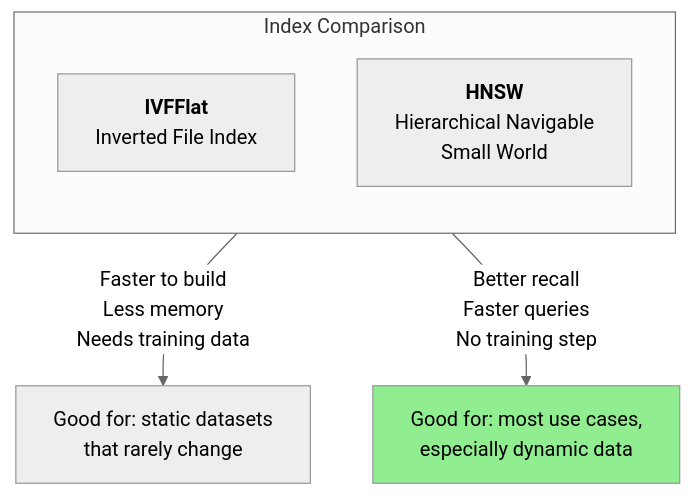
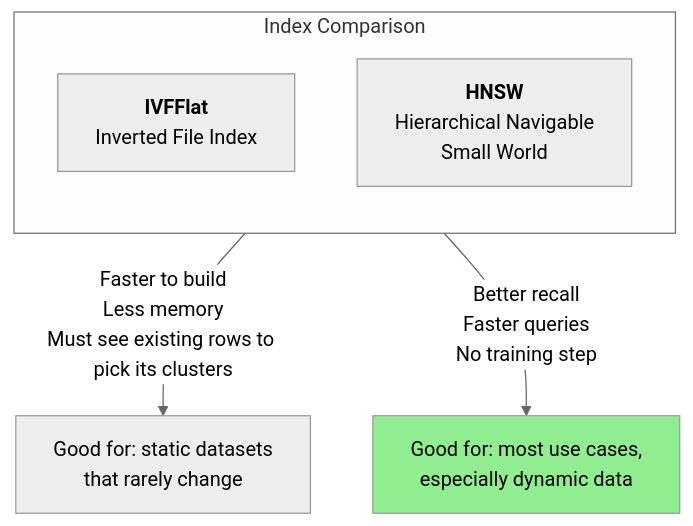
One commit to akshkr/akashnotes changed the fourth of 5 diagrams in Phase_2_RAG_and_Tool_Calling/Day_022_pgvector/pgvector.md. Above: the diagram before and after it, drawn with Mermaid (neutral theme). The commit also changed other lines of this file and 95 other files, not shown here.

````diff
--- a/Phase_2_RAG_and_Tool_Calling/Day_022_pgvector/pgvector.md
+++ b/Phase_2_RAG_and_Tool_Calling/Day_022_pgvector/pgvector.md
@@ -303,13 +305,13 @@
 ```mermaid
 flowchart TB
     subgraph "Index Comparison"
         direction TB
         IVF["<b>IVFFlat</b>\nInverted File Index"]
         HNSW["<b>HNSW</b>\nHierarchical Navigable\nSmall World"]
     end
 
-    IVF -->|"Faster to build\nLess memory\nNeeds training data"| IVF_USE["Good for: static datasets\nthat rarely change"]
+    IVF -->|"Faster to build\nLess memory\nMust see existing rows to pick its clusters"| IVF_USE["Good for: static datasets\nthat rarely change"]
     HNSW -->|"Better recall\nFaster queries\nNo training step"| HNSW_USE["Good for: most use cases,\nespecially dynamic data"]
 
     style HNSW_USE fill:#90EE90
 ```
````
